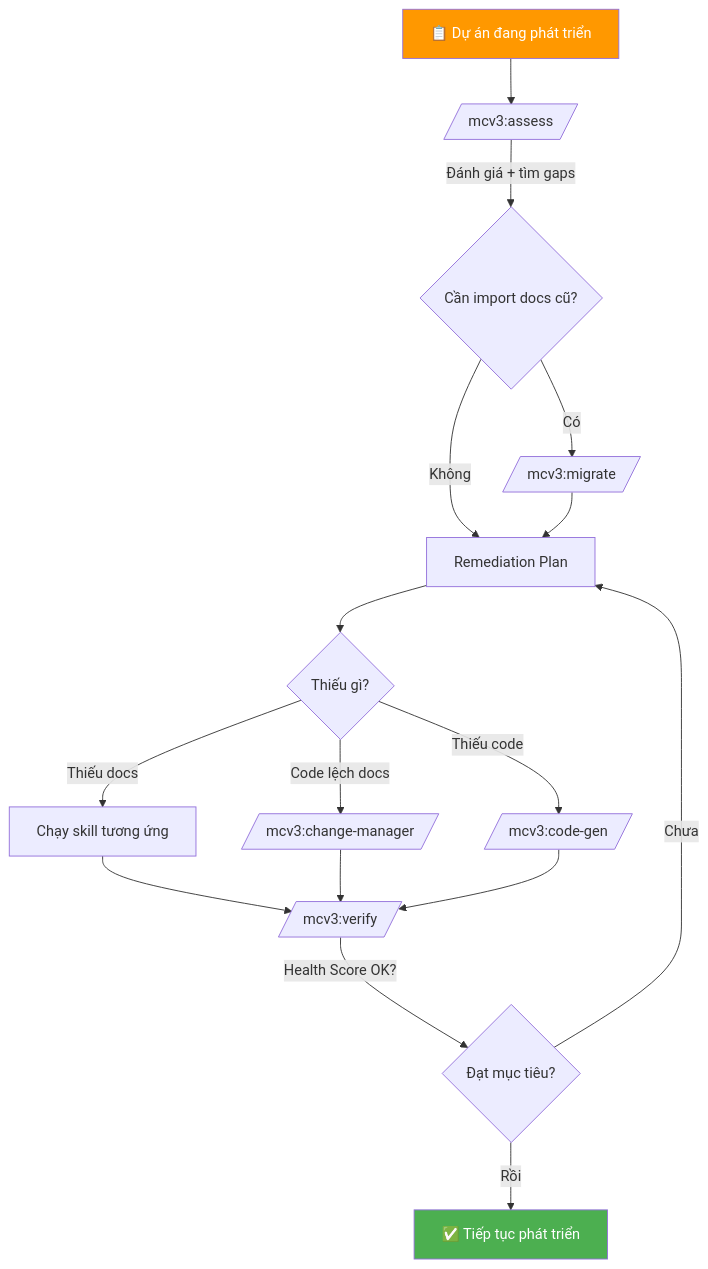
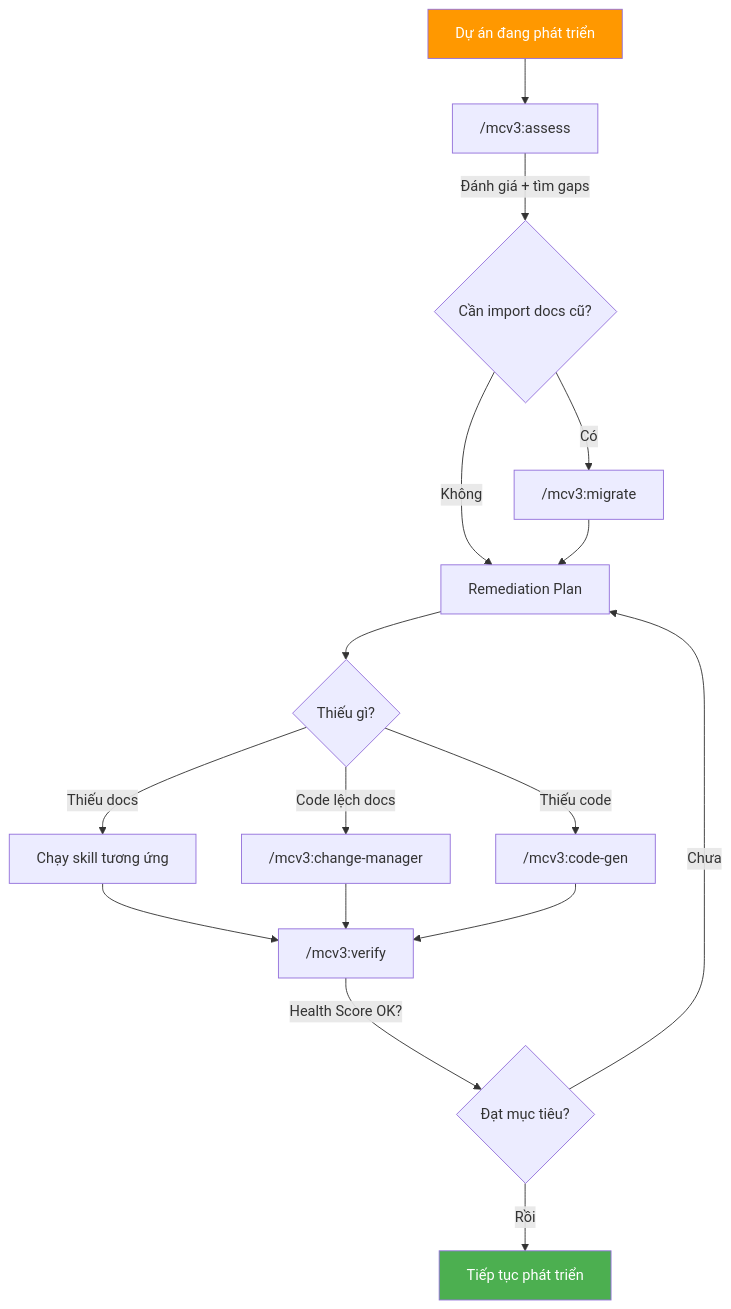
One commit to hanoibanhcuon/MCV3-Plugin changed the second of 2 diagrams in docs/MCV3-DEVKIT-USER-GUIDE.md. Above: the diagram before and after it, drawn with Mermaid. The commit also changed other lines of this file, not shown here.

First line of the commit message:
fix: sửa Mermaid syntax errors trong MCV3-DEVKIT-USER-GUIDE.md

````diff
--- a/docs/MCV3-DEVKIT-USER-GUIDE.md
+++ b/docs/MCV3-DEVKIT-USER-GUIDE.md
@@ -140,21 +140,21 @@
 ```mermaid
 flowchart TD
-    A[📋 Dự án đang phát triển] --> B[/mcv3:assess/]
-    B -->|Đánh giá + tìm gaps| C{Cần import docs cũ?}
-    C -->|Có| D[/mcv3:migrate/]
+    A["Dự án đang phát triển"] --> B["/mcv3:assess"]
+    B -->|Đánh giá + tìm gaps| C{"Cần import docs cũ?"}
+    C -->|Có| D["/mcv3:migrate"]
     C -->|Không| E[Remediation Plan]
     D --> E
-    E --> F{Thiếu gì?}
+    E --> F{"Thiếu gì?"}
     F -->|Thiếu docs| G[Chạy skill tương ứng]
-    F -->|Code lệch docs| H[/mcv3:change-manager/]
-    F -->|Thiếu code| I[/mcv3:code-gen/]
-    G --> J[/mcv3:verify/]
+    F -->|Code lệch docs| H["/mcv3:change-manager"]
+    F -->|Thiếu code| I["/mcv3:code-gen"]
+    G --> J["/mcv3:verify"]
     H --> J
     I --> J
-    J -->|Health Score OK?| K{Đạt mục tiêu?}
+    J -->|Health Score OK?| K{"Đạt mục tiêu?"}
     K -->|Chưa| E
-    K -->|Rồi| L[✅ Tiếp tục phát triển]
+    K -->|Rồi| L["Tiếp tục phát triển"]
 
     style A fill:#FF9800,color:#fff
     style L fill:#4CAF50,color:#fff
 ```
````
